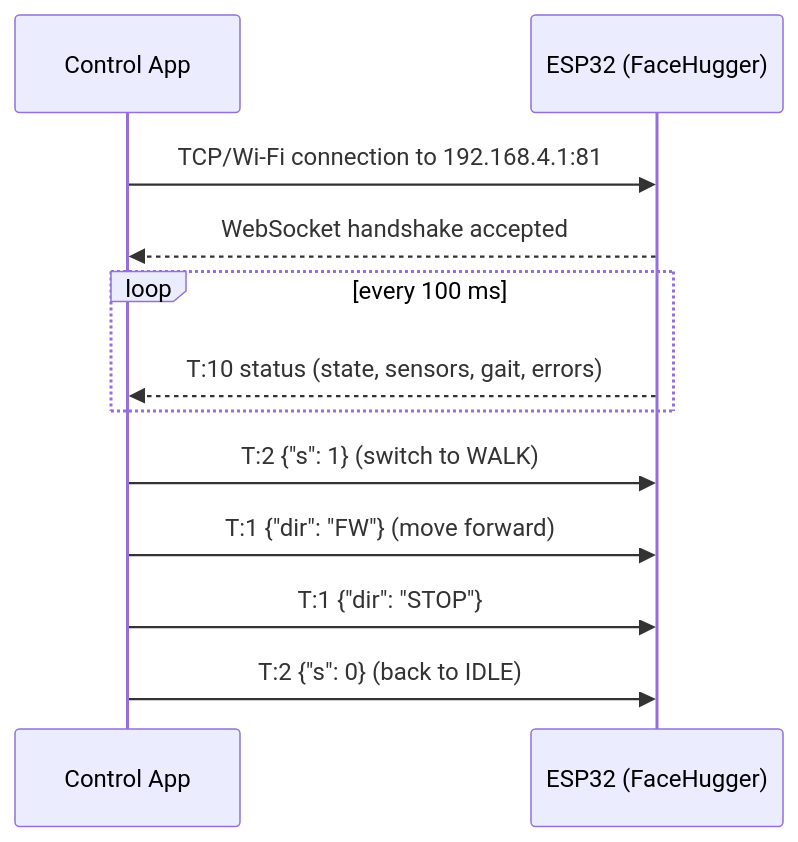
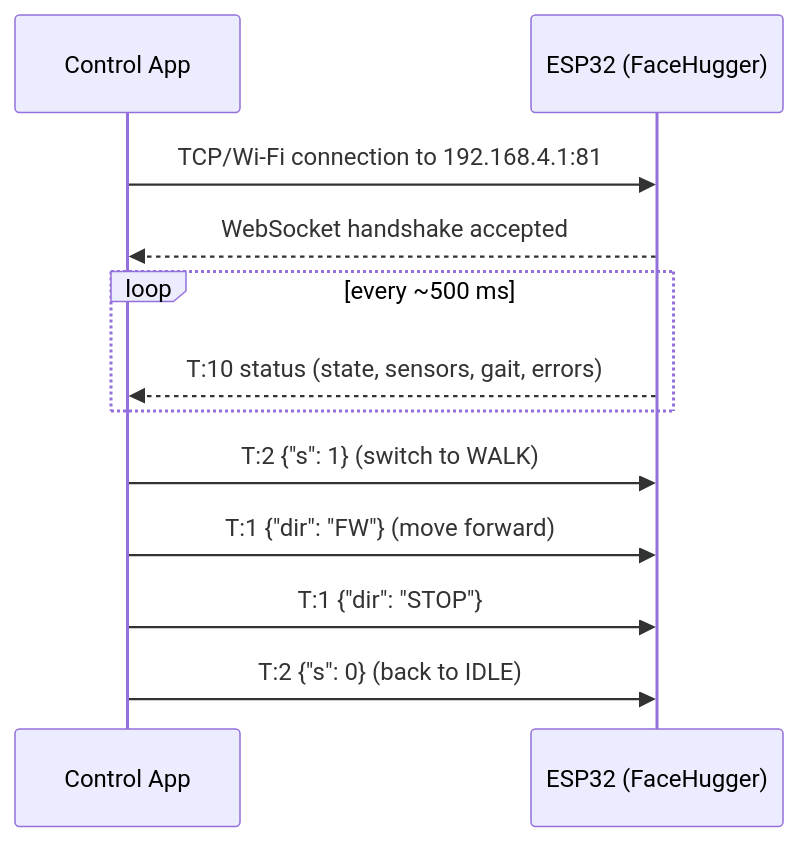
Before and after one commit to epfl-cs358/2026sp-FaceHugger: the diagram in wiki/reference/remote-control/websocket-api.md, drawn with Mermaid. The commit also changed other lines of this file, not shown here.

````diff
--- a/wiki/reference/remote-control/websocket-api.md
+++ b/wiki/reference/remote-control/websocket-api.md
@@ -15,15 +15,15 @@
 ```mermaid
 sequenceDiagram
     participant Phone as Control App
     participant Robot as ESP32 (FaceHugger)
 
     Phone->>Robot: TCP/Wi-Fi connection to 192.168.4.1:81
     Robot-->>Phone: WebSocket handshake accepted
-    loop every 100 ms
+    loop every ~500 ms
         Robot-->>Phone: T:10 status (state, sensors, gait, errors)
     end
     Phone->>Robot: T:2 {"s": 1}  (switch to WALK)
     Phone->>Robot: T:1 {"dir": "FW"}  (move forward)
     Phone->>Robot: T:1 {"dir": "STOP"}
     Phone->>Robot: T:2 {"s": 0}  (back to IDLE)
 ```
````
